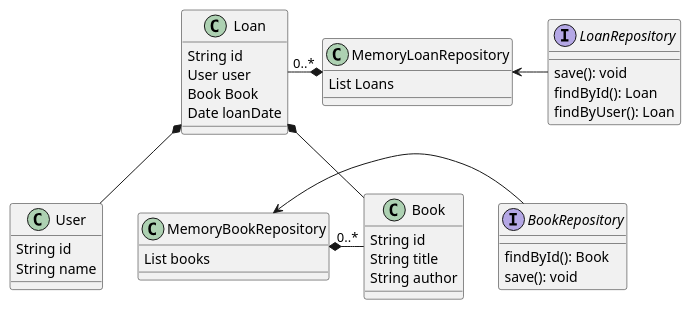
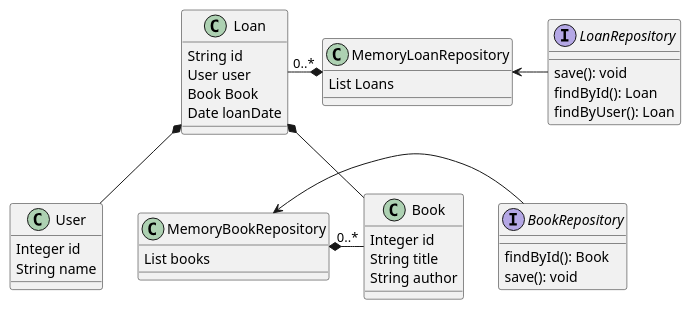
Before and after one commit to juanse217/library-testing-class7: the diagram in src/main/java/com/sebastian/uml/Library.plantuml, drawn with PlantUML. The commit also changed 9 other files, not shown here.

```diff
--- a/src/main/java/com/sebastian/uml/Library.plantuml
+++ b/src/main/java/com/sebastian/uml/Library.plantuml
@@ -1,43 +1,43 @@
 @startuml Library
 class Book{
-    String id
+    Integer id
     String title
     String author
 }
 
 class User{
-    String id
+    Integer id
     String name
 }
 
 Loan *-- User
 Loan *-- Book
 class Loan{
     String id
     User user
     Book Book
     Date loanDate
 }
 
 interface BookRepository{
     findById(): Book
     save(): void
 }
 
 interface LoanRepository{
     save(): void
     findById(): Loan
     findByUser(): Loan
 }
 MemoryBookRepository <- BookRepository
 MemoryBookRepository *-"0..*"Book
 class MemoryBookRepository{
     List books
 }
 MemoryLoanRepository *-left- "0..*" Loan
 MemoryLoanRepository <-right- LoanRepository
 class MemoryLoanRepository{
     List Loans
 }
 
 @enduml 
```
